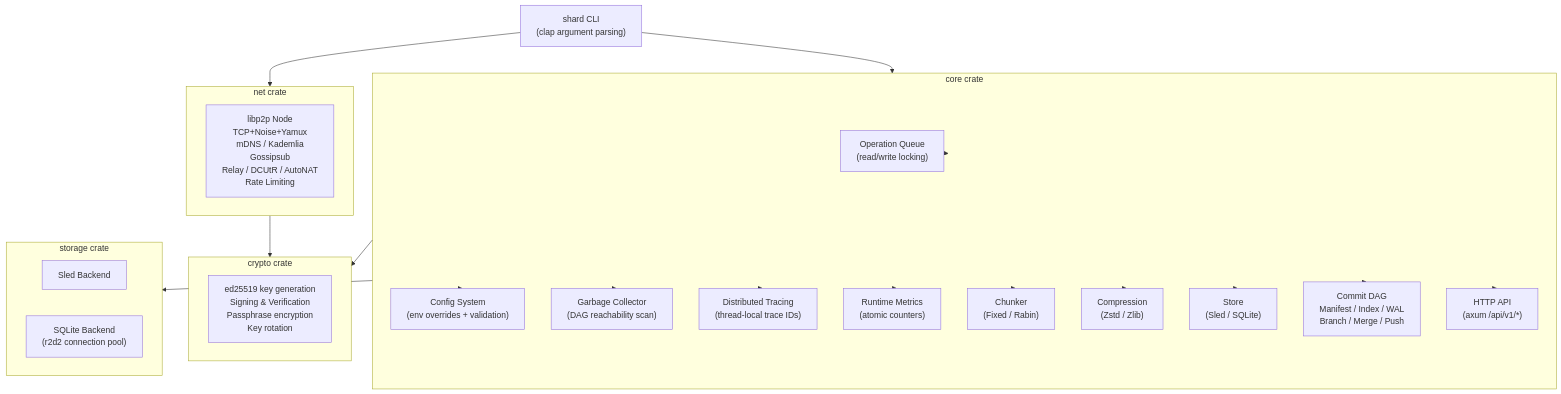
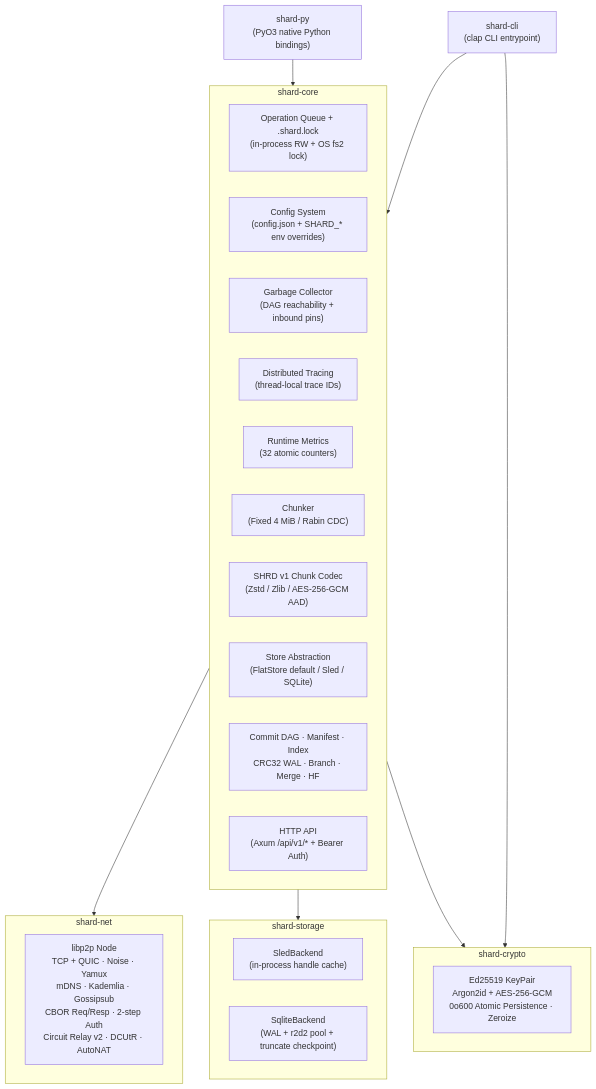
The first of 2 diagrams in docs/src/architecture.md (sandy-sachin7/shard), drawn with Mermaid before and after one commit. The commit also changed other lines of this file and 42 other files, not shown here.

````diff
--- a/docs/src/architecture.md
+++ b/docs/src/architecture.md
@@ -7,46 +7,38 @@
 ```mermaid
 graph TD
-    CLI["shard CLI<br/>(clap argument parsing)"]
-    
-    subgraph Core ["core crate"]
-        OpQueue["Operation Queue<br/>(read/write locking)"]
-        Config["Config System<br/>(env overrides + validation)"]
-        GC["Garbage Collector<br/>(DAG reachability scan)"]
+    CLI["shard-cli<br/>(clap CLI entrypoint)"]
+    PY["shard-py<br/>(PyO3 native Python bindings)"]
+
+    subgraph Core["shard-core"]
+        OpQueue["Operation Queue + .shard.lock<br/>(in-process RW + OS fs2 lock)"]
+        Config["Config System<br/>(config.json + SHARD_* env overrides)"]
+        GC["Garbage Collector<br/>(DAG reachability + inbound pins)"]
         Tracing["Distributed Tracing<br/>(thread-local trace IDs)"]
-        Metrics["Runtime Metrics<br/>(atomic counters)"]
-        Chunker["Chunker<br/>(Fixed / Rabin)"]
-        Compression["Compression<br/>(Zstd / Zlib)"]
-        Store["Store<br/>(Sled / SQLite)"]
-        CommitDAG["Commit DAG<br/>Manifest / Index / WAL<br/>Branch / Merge / Push"]
-        API["HTTP API<br/>(axum /api/v1/*)"]
+        Metrics["Runtime Metrics<br/>(32 atomic counters)"]
+        Chunker["Chunker<br/>(Fixed 4 MiB / Rabin CDC)"]
+        Codec["SHRD v1 Chunk Codec<br/>(Zstd / Zlib / AES-256-GCM AAD)"]
+        Store["Store Abstraction<br/>(FlatStore default / Sled / SQLite)"]
+        CommitDAG["Commit DAG · Manifest · Index<br/>CRC32 WAL · Branch · Merge · HF"]
+        API["HTTP API<br/>(Axum /api/v1/* + Bearer Auth)"]
     end
-    
-    subgraph Net ["net crate"]
-        LibP2P["libp2p Node<br/>TCP+Noise+Yamux<br/>mDNS / Kademlia<br/>Gossipsub<br/>Relay / DCUtR / AutoNAT<br/>Rate Limiting"]
+
+    subgraph Net["shard-net"]
+        LibP2P["libp2p Node<br/>TCP + QUIC · Noise · Yamux<br/>mDNS · Kademlia · Gossipsub<br/>CBOR Req/Resp · 2-step Auth<br/>Circuit Relay v2 · DCUtR · AutoNAT"]
     end
-    
-    subgraph Crypto ["crypto crate"]
-        KeyGen["ed25519 key generation<br/>Signing & Verification<br/>Passphrase encryption<br/>Key rotation"]
+
+    subgraph Crypto["shard-crypto"]
+        KeyGen["Ed25519 KeyPair<br/>Argon2id + AES-256-GCM<br/>0o600 Atomic Persistence · Zeroize"]
     end
-    
-    subgraph Storage ["storage crate"]
-        SledBackend["Sled Backend"]
-        SQLiteBackend["SQLite Backend<br/>(r2d2 connection pool)"]
+
+    subgraph Storage["shard-storage"]
+        SledBackend["SledBackend<br/>(in-process handle cache)"]
+        SQLiteBackend["SqliteBackend<br/>(WAL + r2d2 pool + truncate checkpoint)"]
     end
-    
+
     CLI --> Core
-    CLI --> Net
+    CLI --> Crypto
+    PY --> Core
+    Core --> Net
     Core --> Crypto
     Core --> Storage
-    Net --> Crypto
-    Core -.-> OpQueue
-    Core -.-> Config
-    Core -.-> GC
-    Core -.-> Tracing
-    Core -.-> Metrics
-    Core -.-> Chunker
-    Core -.-> Compression
-    Core -.-> Store
-    Core -.-> CommitDAG
-    Core -.-> API
 ```
````
